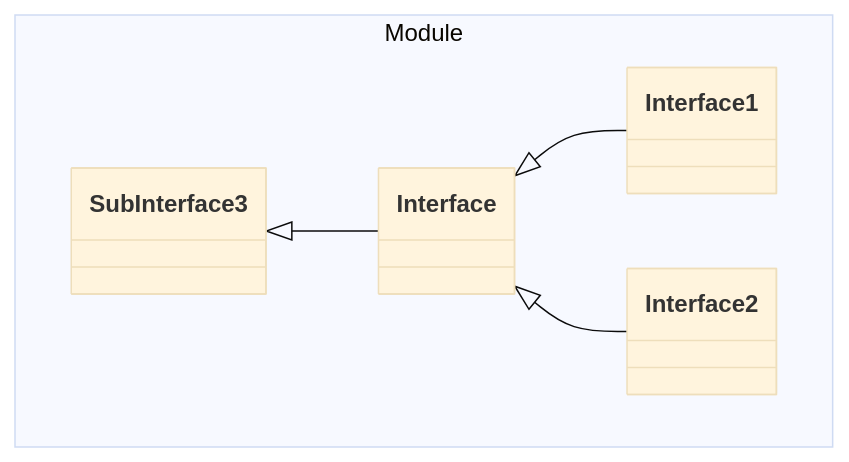
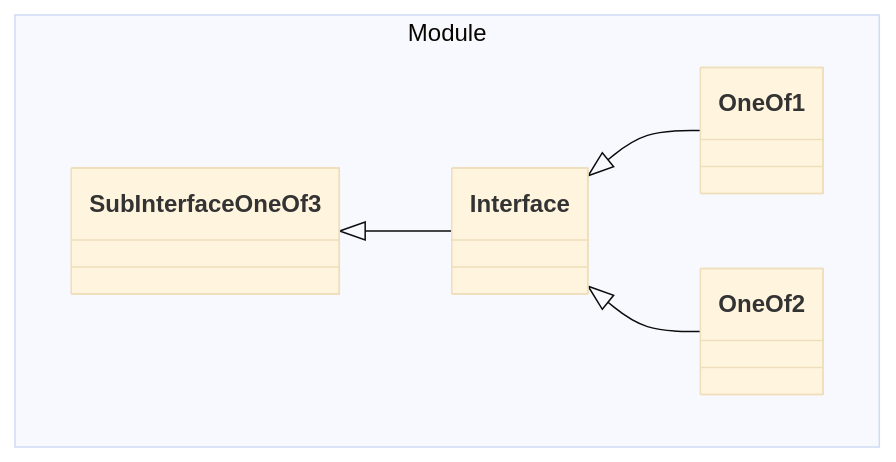
The diagram in tests/java/expected/Module/Interface.yml.md (lizzyTheLizard/domain-schema-documentation), drawn with Mermaid (base theme) before and after one commit. The commit also changed other lines of this file and 125 other files, not shown here.

First line of the commit message:
Schema normalizer (#11)

````diff
--- a/tests/java/expected/Module/Interface.yml.md
+++ b/tests/java/expected/Module/Interface.yml.md
@@ -6,16 +6,16 @@
 ```mermaid
 classDiagram
 namespace Module {
   class _Module_Interface_yml["Interface"]
-  class Interface1["Interface1"]
-  class Interface2["Interface2"]
-  class SubInterface3["SubInterface3"]
+  class OneOf2["OneOf2"]
+  class OneOf1["OneOf1"]
+  class SubInterfaceOneOf3["SubInterfaceOneOf3"]
 }
-SubInterface3 <|-- _Module_Interface_yml 
-_Module_Interface_yml <|-- Interface1 
-_Module_Interface_yml <|-- Interface2 
+SubInterfaceOneOf3 <|-- _Module_Interface_yml 
+_Module_Interface_yml <|-- OneOf1 
+_Module_Interface_yml <|-- OneOf2 
 click _Module_Interface_yml href "./Interface.yml.html" "Interface"
-click Interface1 href "./Interface.yml.html" "Interface"
-click Interface2 href "./Interface.yml.html" "Interface"
-click SubInterface3 href "./Object.yaml.html" "Object"
+click OneOf2 href "./Interface.yml.html" "Interface"
+click OneOf1 href "./Interface.yml.html" "Interface"
+click SubInterfaceOneOf3 href "./Object.yaml.html" "Object"
 ```
````
